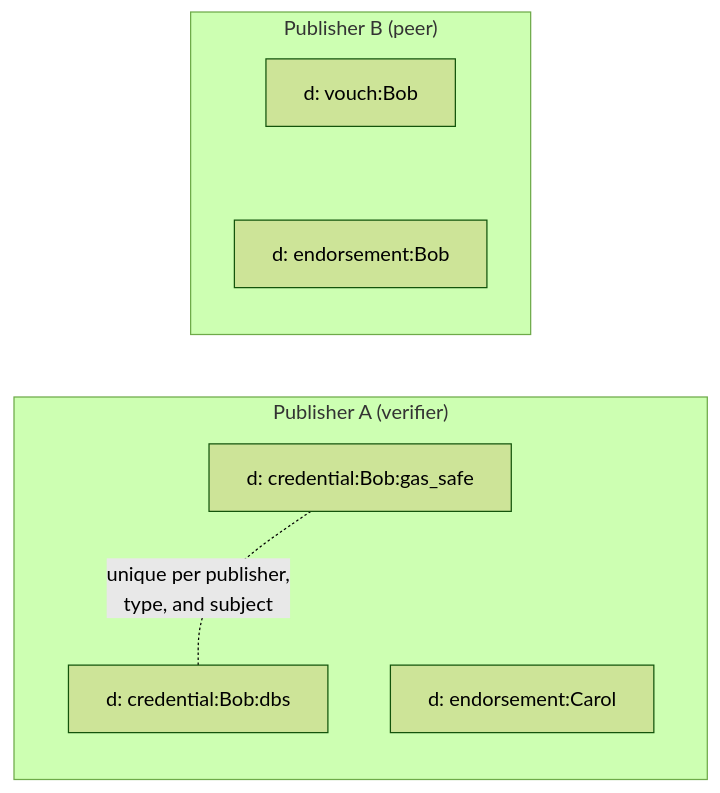
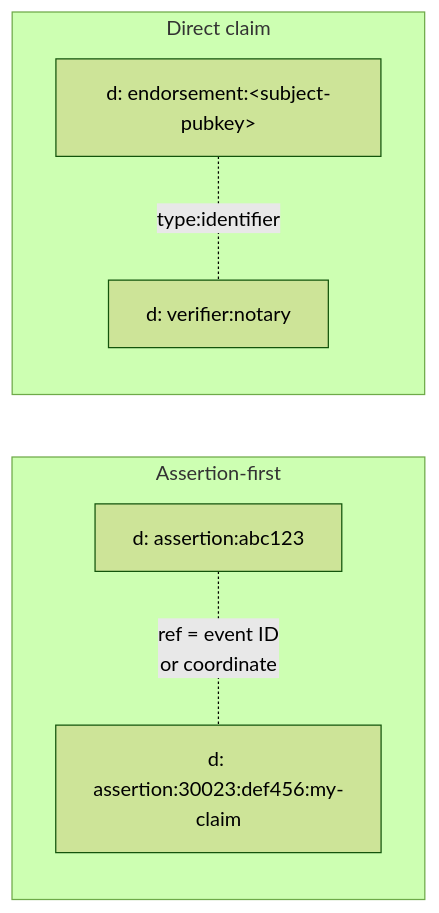
The first of 2 diagrams in NIP-VA.md (forgesworn/nostr-attestations), drawn with Mermaid (forest theme) before and after one commit. The commit also changed other lines of this file, not shown here.

Commit message:
docs: rewrite NIP-VA to merged spec (assertion-first, stripped base)

````diff
--- a/NIP-VA.md
+++ b/NIP-VA.md
@@ -107,17 +89,15 @@
 ```mermaid
 graph LR
-    subgraph "Publisher A (verifier)"
-        A1["d: credential:Bob:gas_safe"]
-        A2["d: credential:Bob:dbs"]
-        A3["d: endorsement:Carol"]
+    subgraph "Assertion-first"
+        AF1["d: assertion:abc123"]
+        AF2["d: assertion:30023:def456:my-claim"]
     end
 
-    subgraph "Publisher B (peer)"
-        B1["d: vouch:Bob"]
-        B2["d: endorsement:Bob"]
+    subgraph "Direct claim"
+        DC1["d: endorsement:&lt;subject-pubkey&gt;"]
+        DC2["d: verifier:notary"]
     end
 
-    A1 -.- |"unique per publisher,\ntype, and subject"| A2
-    A1 ~~~ A3
-    B1 ~~~ B2
+    AF1 -.- |"ref = event ID\nor coordinate"| AF2
+    DC1 -.- |"type:identifier"| DC2
 ```
````
